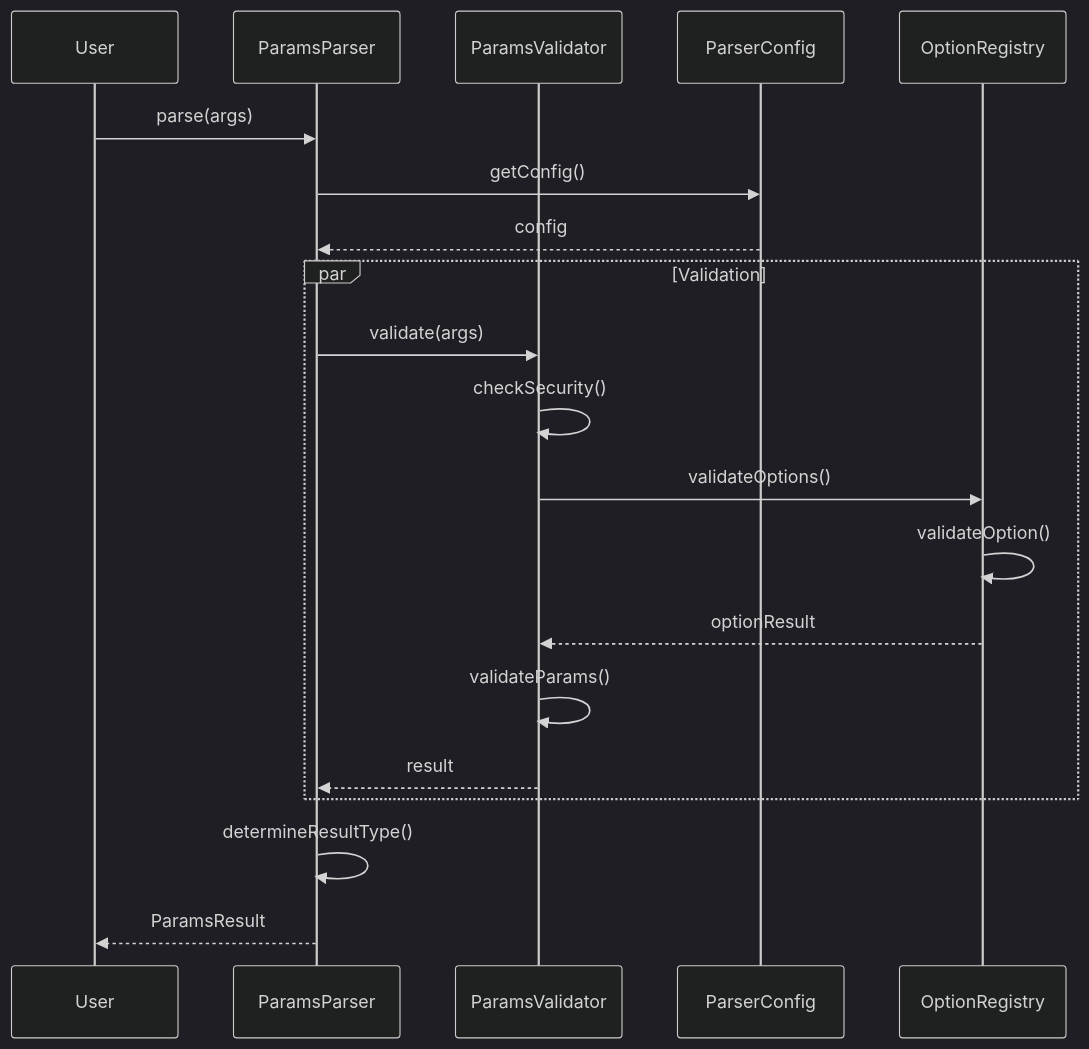
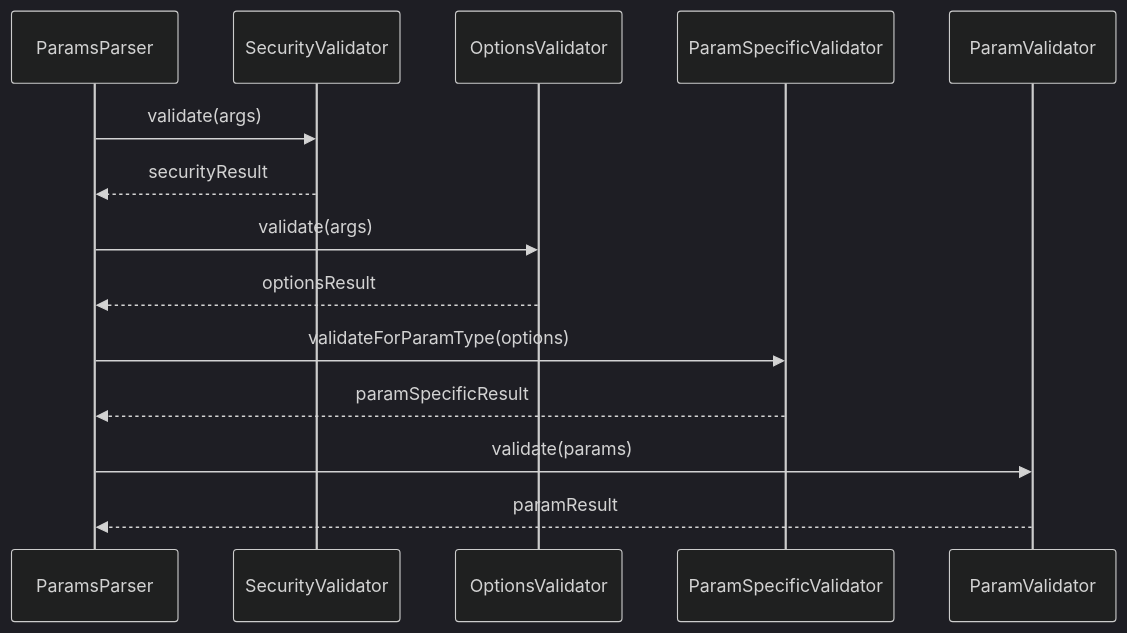
Before and after one commit to tettuan/breakdownparams: the third of 11 diagrams in docs/architecture/layer2_diagrams.ja.md, drawn with Mermaid (dark theme). The commit also changed other lines of this file and 5 other files, not shown here.

First line of the commit message:
docs(architecture): update architecture documentation in Japanese and remove English versions

````diff
--- a/docs/architecture/layer2_diagrams.ja.md
+++ b/docs/architecture/layer2_diagrams.ja.md
@@ -35,25 +41,17 @@
 ```mermaid
 sequenceDiagram
-    participant User
-    participant Parser as ParamsParser
-    participant Validator as ParamsValidator
-    participant Config as ParserConfig
-    participant Options as OptionRegistry
-    
-    User->>Parser: parse(args)
-    Parser->>Config: getConfig()
-    Config-->>Parser: config
-    
-    par Validation
-        Parser->>Validator: validate(args)
-        Validator->>Validator: checkSecurity()
-        Validator->>Options: validateOptions()
-        Options->>Options: validateOption()
-        Options-->>Validator: optionResult
-        Validator->>Validator: validateParams()
-        Validator-->>Parser: result
-    end
-    
-    Parser->>Parser: determineResultType()
-    Parser-->>User: ParamsResult
+    participant P as ParamsParser
+    participant S as SecurityValidator
+    participant O as OptionsValidator
+    participant PS as ParamSpecificValidator
+    participant PV as ParamValidator
+
+    P->>S: validate(args)
+    S-->>P: securityResult
+    P->>O: validate(args)
+    O-->>P: optionsResult
+    P->>PS: validateForParamType(options)
+    PS-->>P: paramSpecificResult
+    P->>PV: validate(params)
+    PV-->>P: paramResult
 ```
````
